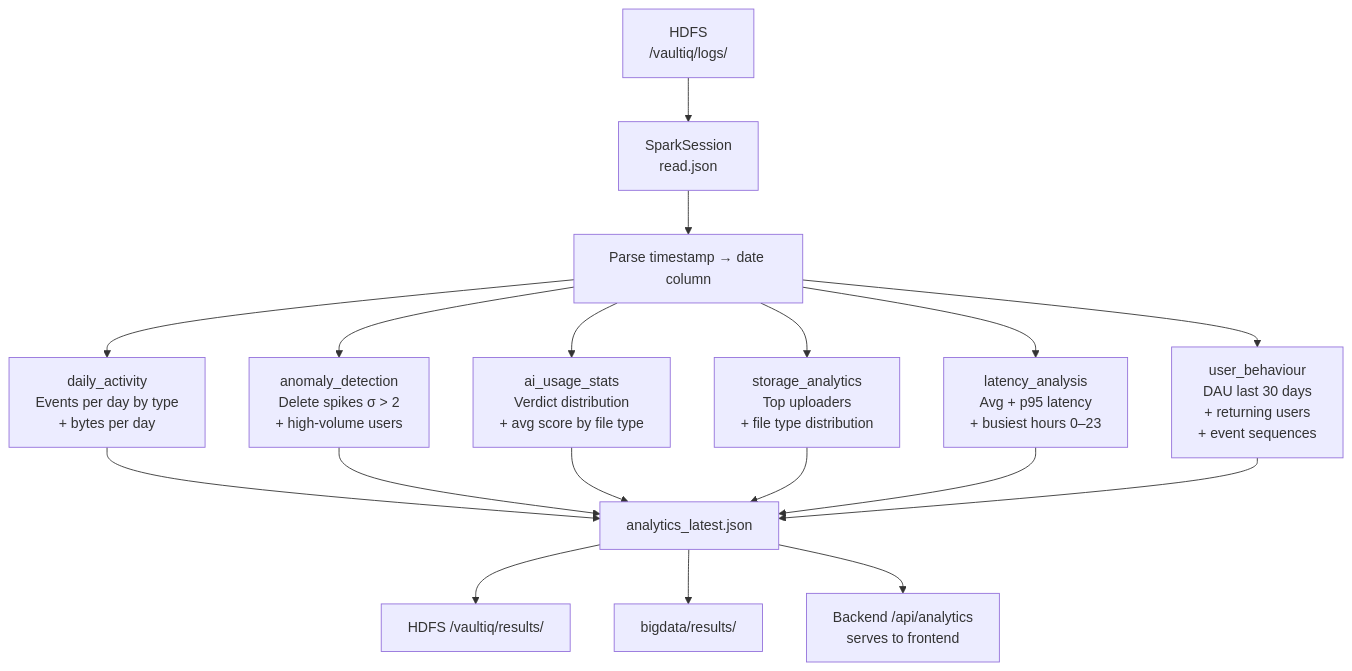
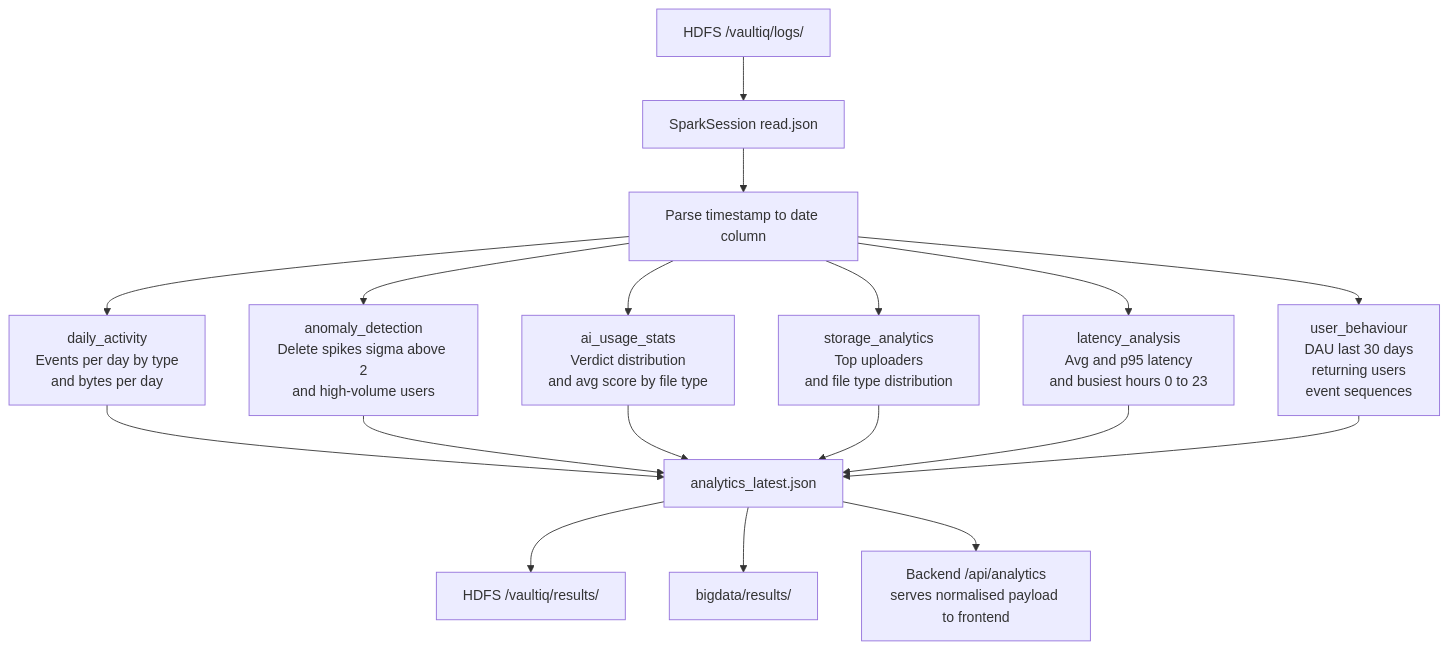
One commit to securitywithhem/vaultiq changed the tenth of 13 diagrams in README.md. Above: the diagram before and after it, drawn with Mermaid. The commit also changed other lines of this file, not shown here.

````diff
--- a/README.md
+++ b/README.md
@@ -391,23 +478,23 @@
 ```mermaid
 flowchart TD
-    HDFS[HDFS\n/vaultiq/logs/] --> Spark[SparkSession\nread.json]
-    Spark --> Parse[Parse timestamp → date column]
+    HDFS["HDFS /vaultiq/logs/"] --> Spark["SparkSession read.json"]
+    Spark --> Parse["Parse timestamp to date column"]
 
-    Parse --> J1[daily_activity\nEvents per day by type\n+ bytes per day]
-    Parse --> J2[anomaly_detection\nDelete spikes σ > 2\n+ high-volume users]
-    Parse --> J3[ai_usage_stats\nVerdict distribution\n+ avg score by file type]
-    Parse --> J4[storage_analytics\nTop uploaders\n+ file type distribution]
-    Parse --> J5[latency_analysis\nAvg + p95 latency\n+ busiest hours 0–23]
-    Parse --> J6[user_behaviour\nDAU last 30 days\n+ returning users\n+ event sequences]
+    Parse --> J1["daily_activity<br/>Events per day by type<br/>and bytes per day"]
+    Parse --> J2["anomaly_detection<br/>Delete spikes sigma above 2<br/>and high-volume users"]
+    Parse --> J3["ai_usage_stats<br/>Verdict distribution<br/>and avg score by file type"]
+    Parse --> J4["storage_analytics<br/>Top uploaders<br/>and file type distribution"]
+    Parse --> J5["latency_analysis<br/>Avg and p95 latency<br/>and busiest hours 0 to 23"]
+    Parse --> J6["user_behaviour<br/>DAU last 30 days<br/>returning users<br/>event sequences"]
 
-    J1 --> Results[analytics_latest.json]
+    J1 --> Results["analytics_latest.json"]
     J2 --> Results
     J3 --> Results
     J4 --> Results
     J5 --> Results
     J6 --> Results
 
-    Results --> HDFSOut[HDFS /vaultiq/results/]
-    Results --> LocalOut[bigdata/results/]
-    Results --> API[Backend /api/analytics\nserves to frontend]
+    Results --> HDFSOut["HDFS /vaultiq/results/"]
+    Results --> LocalOut["bigdata/results/"]
+    Results --> API["Backend /api/analytics<br/>serves normalised payload to frontend"]
 ```
````
